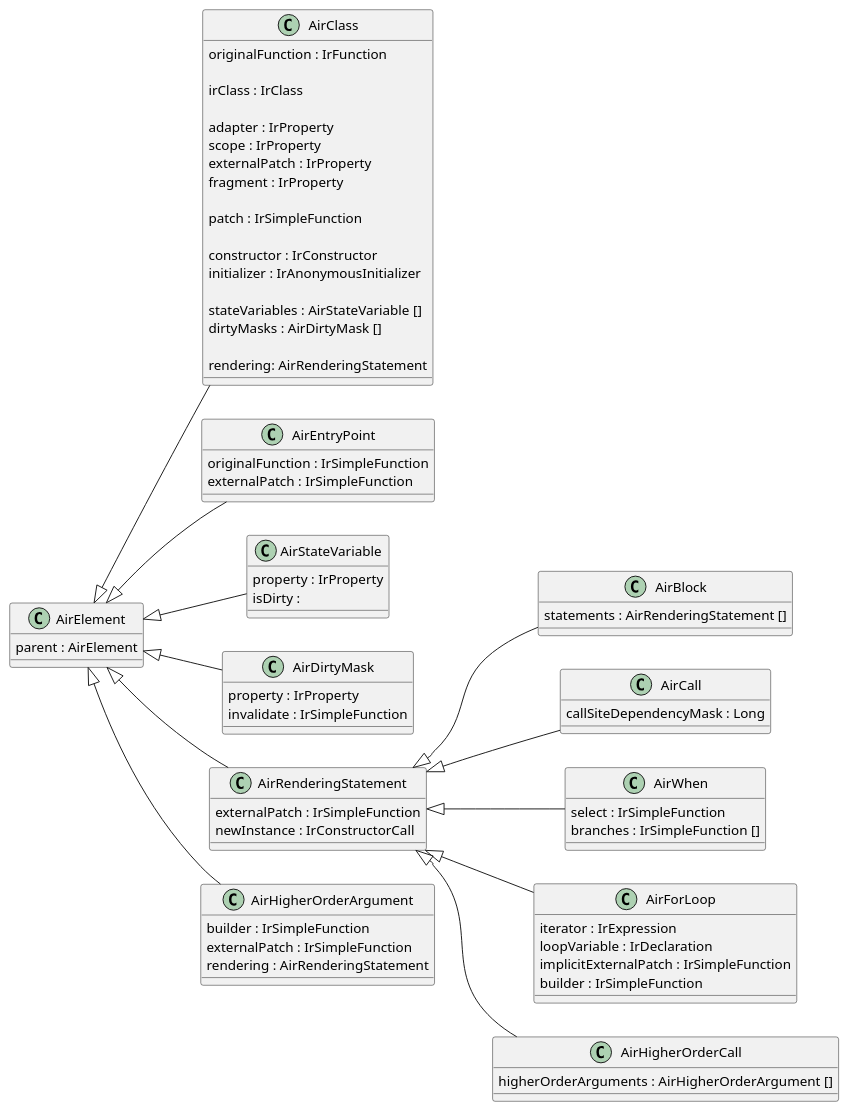
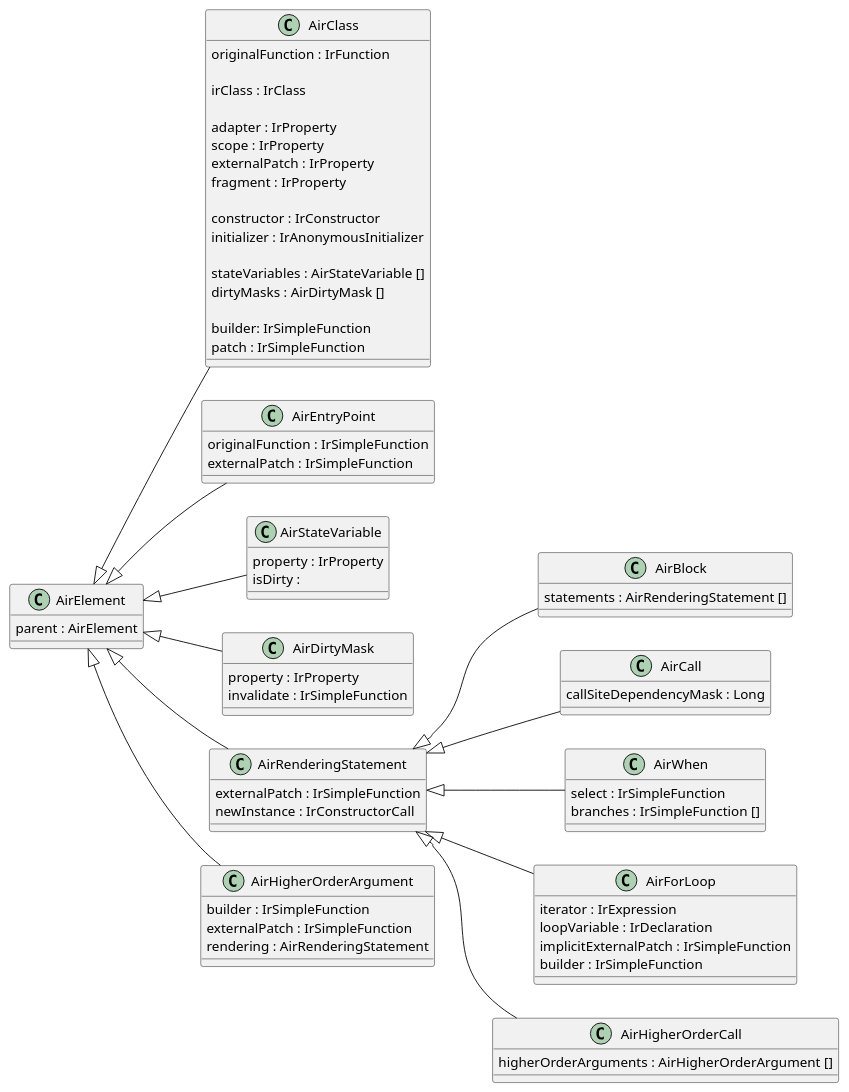
Before and after one commit to spxbhuhb/rui: the diagram in doc/internals/Air.puml, drawn with PlantUML. The commit also changed 6 other files, not shown here.

```diff
--- a/doc/internals/Air.puml
+++ b/doc/internals/Air.puml
@@ -1,90 +1,89 @@
 @startuml
 
 left to right direction
 
 class AirClass {
     originalFunction : IrFunction
 
     irClass : IrClass
 
     adapter : IrProperty
     scope : IrProperty
     externalPatch : IrProperty
     fragment : IrProperty
 
-    patch : IrSimpleFunction
-
     constructor : IrConstructor
     initializer : IrAnonymousInitializer
 
     stateVariables : AirStateVariable []
     dirtyMasks : AirDirtyMask []
 
-    rendering: AirRenderingStatement
+    builder: IrSimpleFunction
+    patch : IrSimpleFunction
 }
 AirElement <|-- AirClass
 
 class AirEntryPoint {
     originalFunction : IrSimpleFunction
     externalPatch : IrSimpleFunction
 }
 AirElement <|-- AirEntryPoint
 
 class AirStateVariable {
     property : IrProperty
     isDirty :
 }
 AirElement <|-- AirStateVariable
 
 class AirDirtyMask {
     property : IrProperty
     invalidate : IrSimpleFunction
 }
 AirElement <|-- AirDirtyMask
 
 class AirRenderingStatement {
     externalPatch : IrSimpleFunction
     newInstance : IrConstructorCall
 }
 AirElement <|-- AirRenderingStatement
 
 class AirBlock {
     statements : AirRenderingStatement []
 }
 AirRenderingStatement <|-- AirBlock
 
 class AirCall {
     callSiteDependencyMask : Long
 }
 AirRenderingStatement <|-- AirCall
 
 class AirWhen {
     select : IrSimpleFunction
     branches : IrSimpleFunction []
 }
 AirRenderingStatement <|-- AirWhen
 
 class AirForLoop {
     iterator : IrExpression
     loopVariable : IrDeclaration
     implicitExternalPatch : IrSimpleFunction
     builder : IrSimpleFunction
 }
 AirRenderingStatement <|-- AirForLoop
 
 class AirHigherOrderCall {
     higherOrderArguments : AirHigherOrderArgument []
 }
 AirRenderingStatement <|-- AirHigherOrderCall
 
 class AirHigherOrderArgument {
     builder : IrSimpleFunction
     externalPatch : IrSimpleFunction
     rendering : AirRenderingStatement
 }
 AirElement <|-- AirHigherOrderArgument
 
 class AirElement {
     parent : AirElement
 }
 @enduml
```
